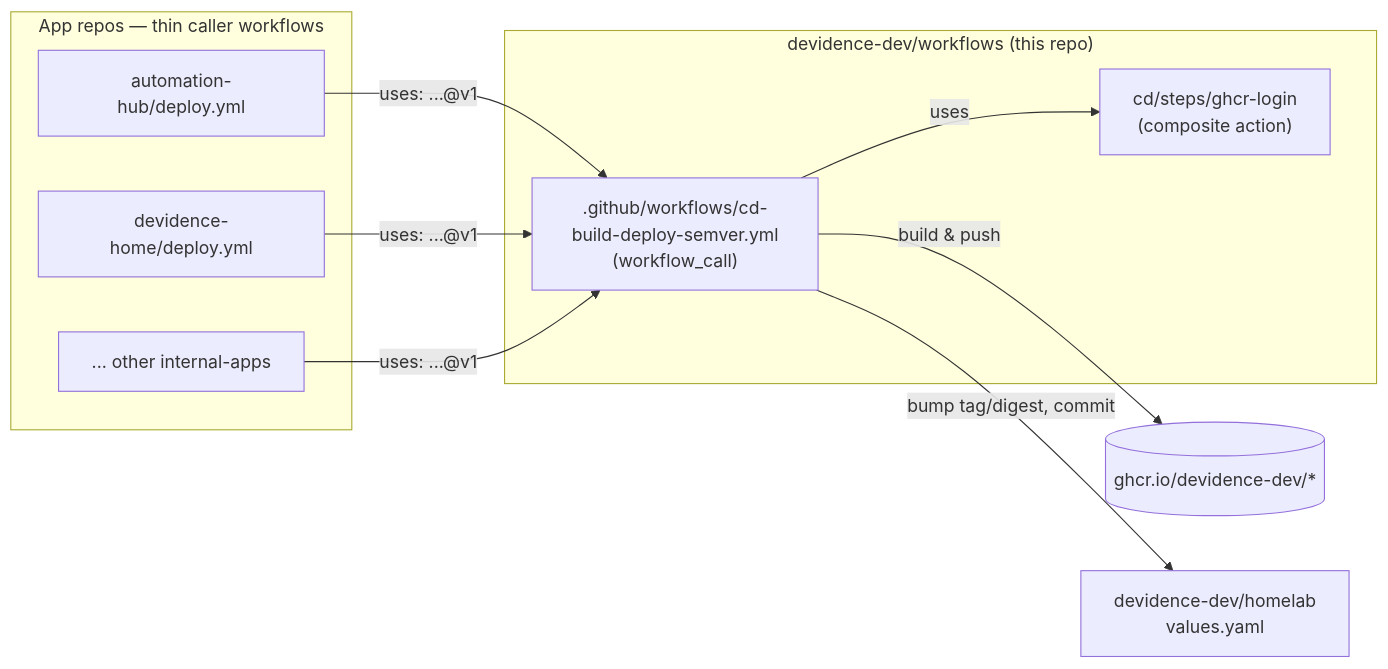
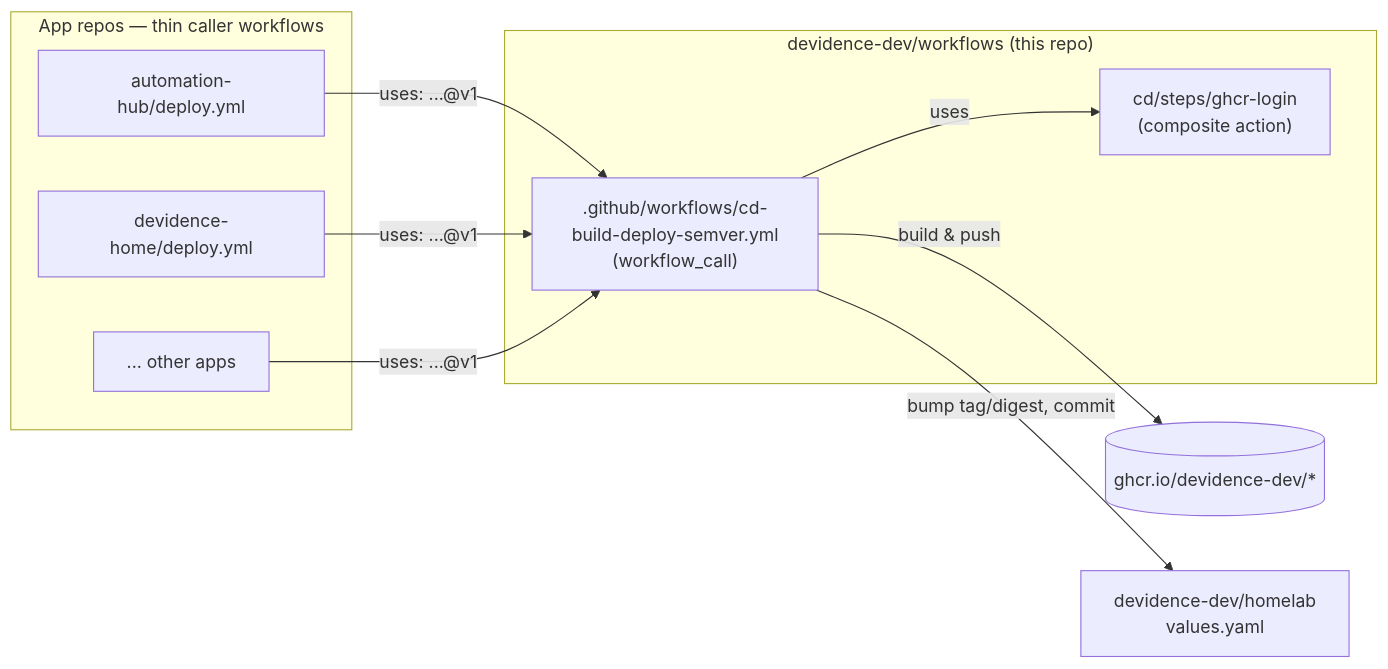
Before and after one commit to devidence-dev/workflows: the first of 3 diagrams in README.md, drawn with Mermaid. The commit also changed other lines of this file and 1 other file, not shown here.

````diff
--- a/README.md
+++ b/README.md
@@ -23,23 +23,23 @@
 ```mermaid
 flowchart LR
     subgraph Apps["App repos — thin caller workflows"]
         A1[automation-hub/deploy.yml]
         A2[devidence-home/deploy.yml]
-        A3["... other internal-apps"]
+        A3["... other apps"]
     end
 
     subgraph Workflows["devidence-dev/workflows (this repo)"]
         W1[".github/workflows/cd-build-deploy-semver.yml<br/>(workflow_call)"]
         S1["cd/steps/ghcr-login<br/>(composite action)"]
         W1 -- uses --> S1
     end
 
     GHCR[(ghcr.io/devidence-dev/*)]
     Homelab["devidence-dev/homelab<br/>values.yaml"]
 
     A1 -- "uses: ...@v1" --> W1
     A2 -- "uses: ...@v1" --> W1
     A3 -- "uses: ...@v1" --> W1
     W1 -- "build & push" --> GHCR
     W1 -- "bump tag/digest, commit" --> Homelab
 ```
````
